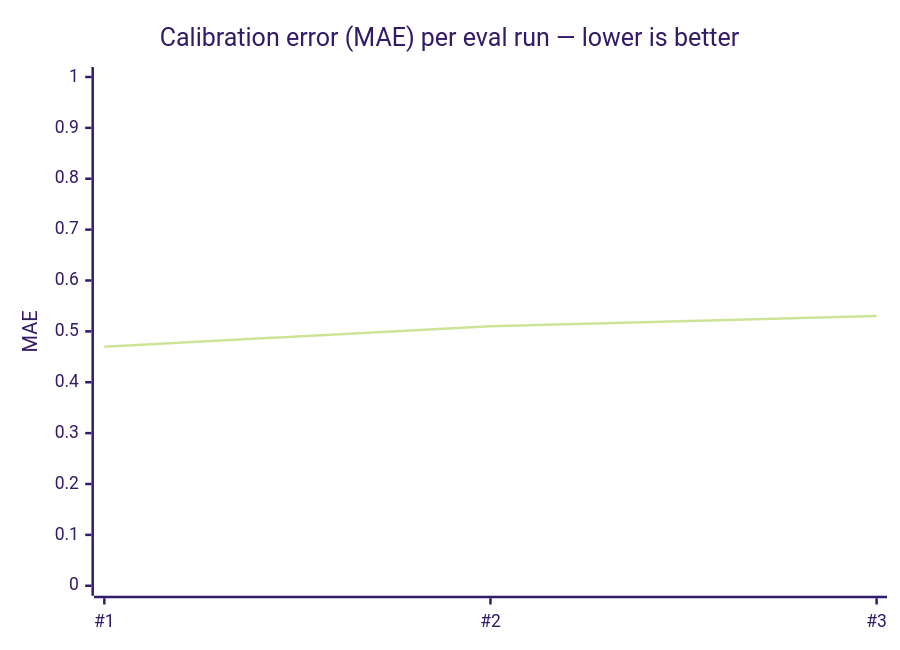
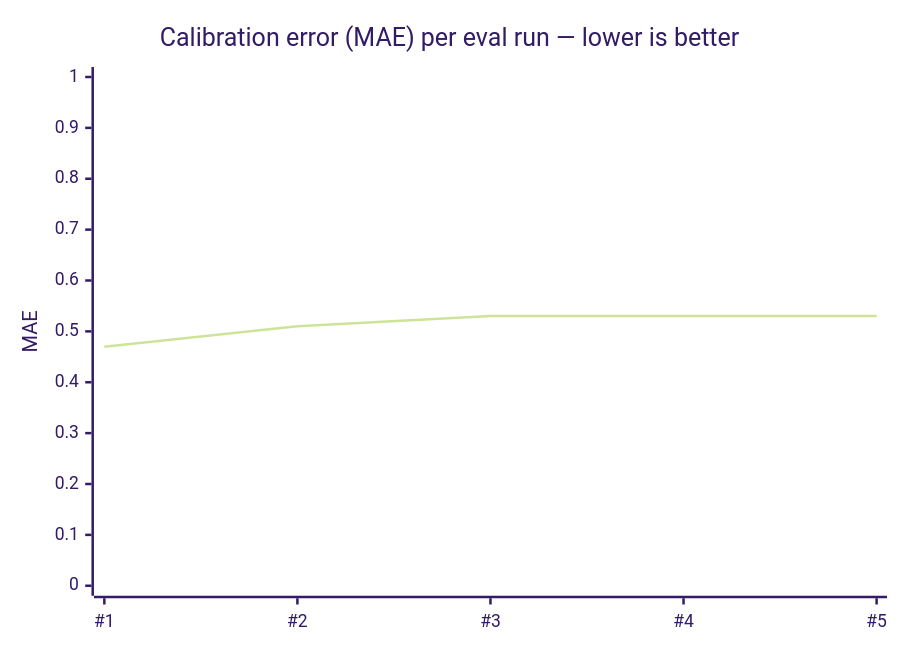
Before and after one commit to harishv27/ai-interview-coach: the first of 2 diagrams in docs/PERFORMANCE.md, drawn with Mermaid (forest theme). The commit also changed other lines of this file and 15 other files, not shown here.

````diff
--- a/docs/PERFORMANCE.md
+++ b/docs/PERFORMANCE.md
@@ -22,7 +22,7 @@
 ```mermaid
 xychart-beta
     title "Calibration error (MAE) per eval run — lower is better"
-    x-axis ["#1", "#2", "#3"]
+    x-axis ["#1", "#2", "#3", "#4", "#5"]
     y-axis "MAE" 0 --> 1
-    line [0.47, 0.51, 0.53]
+    line [0.47, 0.51, 0.53, 0.53, 0.53]
 ```
````
